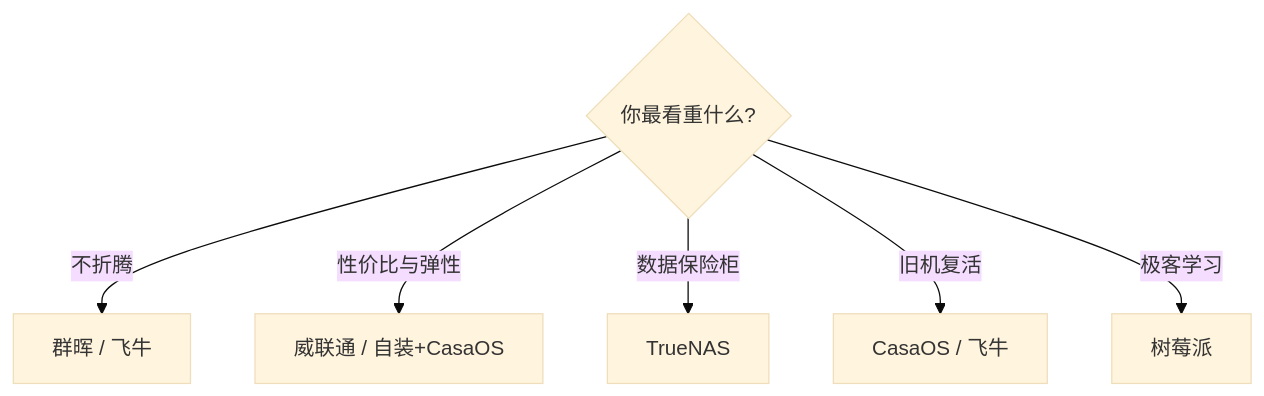
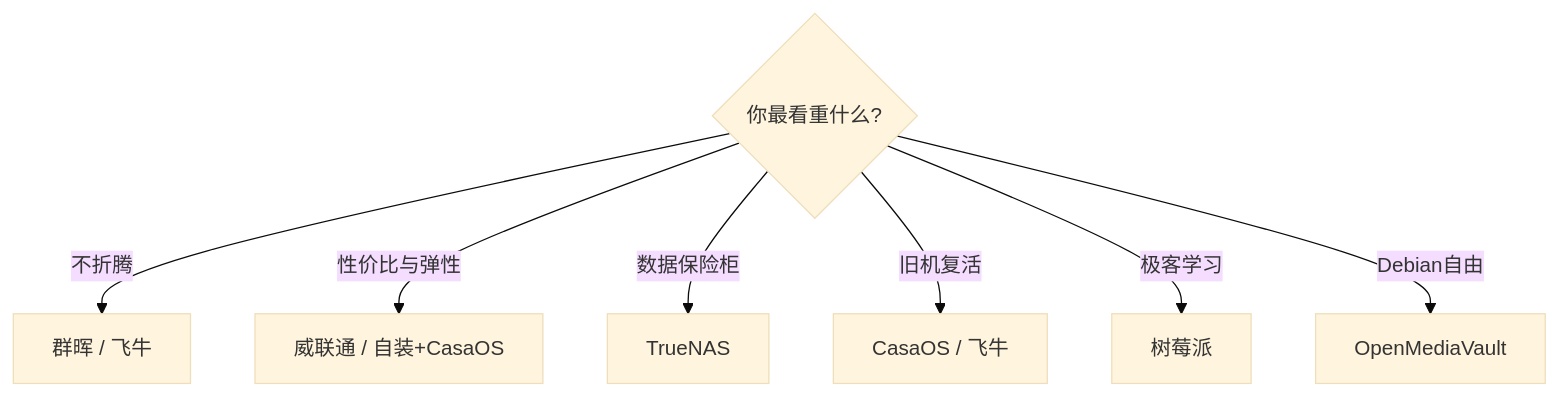
One commit to cv-superding/nas-guide changed the diagram in docs/03-平台横评与选型/README.md. Above: the diagram before and after it, drawn with Mermaid (base theme). The commit also changed other lines of this file and 6 other files, not shown here.

````diff
--- a/docs/03-平台横评与选型/README.md
+++ b/docs/03-平台横评与选型/README.md
@@ -38,8 +39,9 @@
 ```mermaid
 flowchart TD
     A{你最看重什么?} -->|不折腾| B[群晖 / 飞牛]
     A -->|性价比与弹性| C[威联通 / 自装+CasaOS]
     A -->|数据保险柜| D[TrueNAS]
     A -->|旧机复活| E[CasaOS / 飞牛]
     A -->|极客学习| F[树莓派]
+    A -->|Debian自由| G[OpenMediaVault]
 ```
````
